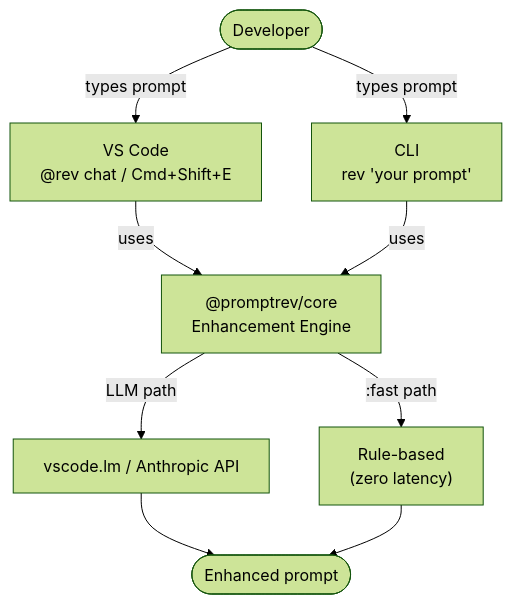
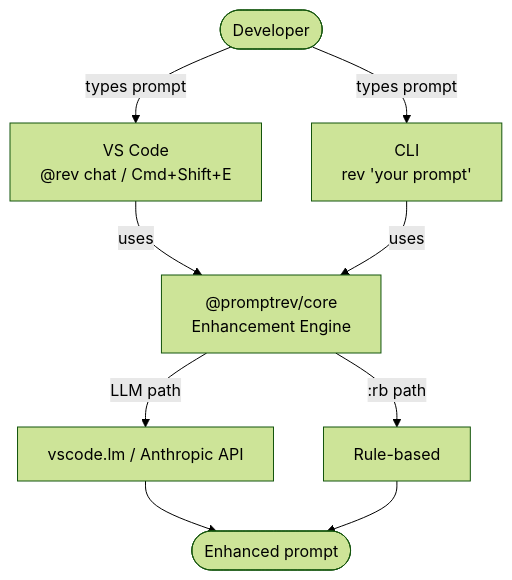
The first of 2 diagrams in README.md (SirArnoldB/promptrev), drawn with Mermaid (forest theme) before and after one commit. The commit also changed other lines of this file and 8 other files, not shown here.

````diff
--- a/README.md
+++ b/README.md
@@ -9,14 +9,14 @@
 ```mermaid
 graph TD
     U([Developer]) -->|types prompt| VS["VS Code<br/>@rev chat / Cmd+Shift+E"]
     U -->|types prompt| CLI["CLI<br/>rev 'your prompt'"]
 
     VS -->|uses| CORE["@promptrev/core<br/>Enhancement Engine"]
     CLI -->|uses| CORE
 
     CORE -->|LLM path| LM["vscode.lm / Anthropic API"]
-    CORE -->|:fast path| RB["Rule-based<br/>(zero latency)"]
+    CORE -->|:rb path| RB["Rule-based"]
 
     LM --> OUT([Enhanced prompt])
     RB --> OUT
 ```
````
